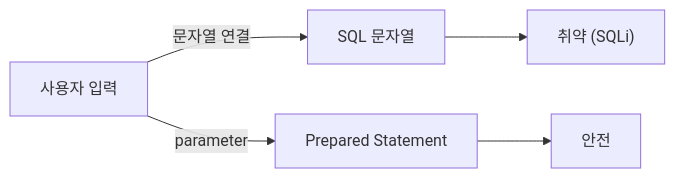
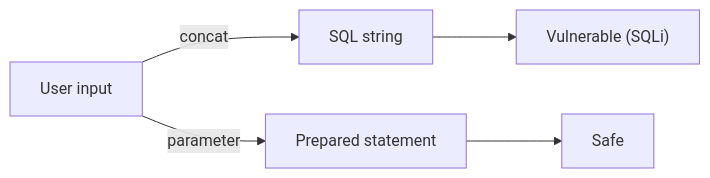
The diagram in content/secure-coding-101/ko/07-sql-injection-and-orm.md (yeongseon-books/book-content), drawn with Mermaid before and after one commit. The commit also changed other lines of this file and 9 other files, not shown here.

````diff
--- a/content/secure-coding-101/ko/07-sql-injection-and-orm.md
+++ b/content/secure-coding-101/ko/07-sql-injection-and-orm.md
@@ -35,7 +49,7 @@
 ```mermaid
 flowchart LR
-    Input["사용자 입력"] -->|문자열 연결| Bad["SQL 문자열"]
-    Bad --> Vuln["취약 (SQLi)"]
-    Input -->|parameter| Good["Prepared Statement"]
-    Good --> Safe["안전"]
+    Input["User input"] -->|concat| Bad["SQL string"]
+    Bad --> Vuln["Vulnerable (SQLi)"]
+    Input -->|parameter| Good["Prepared statement"]
+    Good --> Safe["Safe"]
 ```
````
